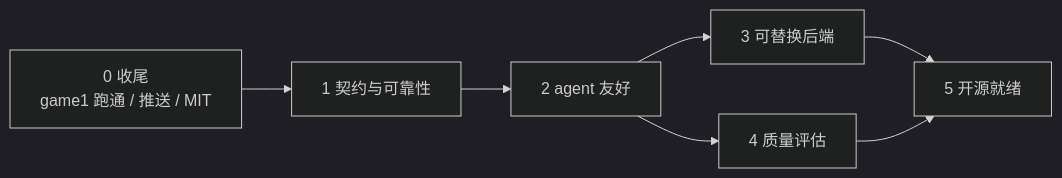
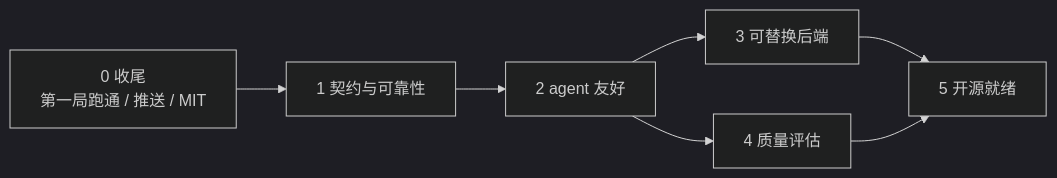
The diagram in ROADMAP.md (coo1white/taneko), drawn with Mermaid (dark theme) before and after one commit. The commit also changed other lines of this file and 2 other files, not shown here.

First line of the commit message:
docs: refresh README, architecture and roadmap for new users

````diff
--- a/ROADMAP.md
+++ b/ROADMAP.md
@@ -36,9 +37,9 @@
 ```mermaid
 flowchart LR
-    P0[0 收尾<br/>game1 跑通 / 推送 / MIT] --> P1[1 契约与可靠性]
+    P0[0 收尾<br/>第一局跑通 / 推送 / MIT] --> P1[1 契约与可靠性]
     P1 --> P2[2 agent 友好]
     P2 --> P3[3 可替换后端]
     P2 --> P4[4 质量评估]
     P3 --> P5[5 开源就绪]
     P4 --> P5
 ```
````
